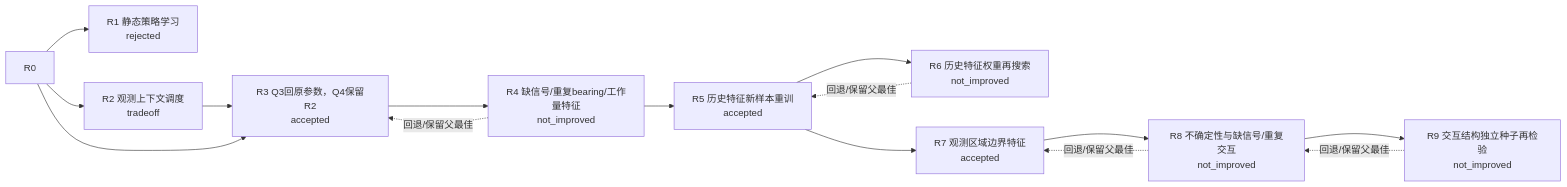
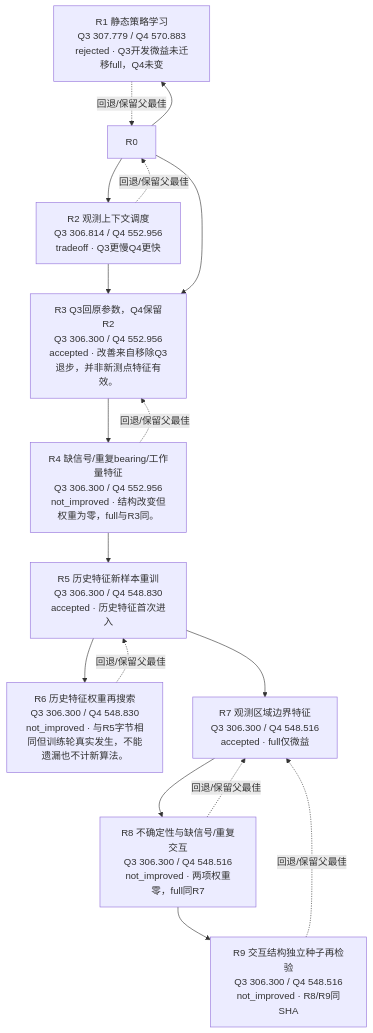
The seventh of 10 diagrams in experiments/R1_atlas/DIRECTION_MAP.md (xiangguaguadadi-dot/cumcm2026-b), drawn with Mermaid before and after one commit. The commit also changed other lines of this file and 81 other files, not shown here.

````diff
--- a/experiments/R1_atlas/DIRECTION_MAP.md
+++ b/experiments/R1_atlas/DIRECTION_MAP.md
@@ -199,26 +201,28 @@
 ```mermaid
-flowchart LR
-  A6_learning_R1["R1 静态策略学习<br/>rejected"]
+flowchart TB
+  A6_learning_R1["R1 静态策略学习<br/>Q3 307.779 / Q4 570.883<br/>rejected · Q3开发微益未迁移full，Q4未变"]
   R0 --> A6_learning_R1
-  A6_learning_R2["R2 观测上下文调度<br/>tradeoff"]
+  A6_learning_R1 -. "回退/保留父最佳" .-> R0
+  A6_learning_R2["R2 观测上下文调度<br/>Q3 306.814 / Q4 552.956<br/>tradeoff · Q3更慢Q4更快"]
   R0 --> A6_learning_R2
-  A6_learning_R3["R3 Q3回原参数，Q4保留R2<br/>accepted"]
+  A6_learning_R2 -. "回退/保留父最佳" .-> R0
+  A6_learning_R3["R3 Q3回原参数，Q4保留R2<br/>Q3 306.300 / Q4 552.956<br/>accepted · 改善来自移除Q3退步，并非新测点特征有效。"]
   A6_learning_R2 --> A6_learning_R3
   R0 --> A6_learning_R3
-  A6_learning_R4["R4 缺信号/重复bearing/工作量特征<br/>not_improved"]
+  A6_learning_R4["R4 缺信号/重复bearing/工作量特征<br/>Q3 306.300 / Q4 552.956<br/>not_improved · 结构改变但权重为零，full与R3同。"]
   A6_learning_R3 --> A6_learning_R4
   A6_learning_R4 -. "回退/保留父最佳" .-> A6_learning_R3
-  A6_learning_R5["R5 历史特征新样本重训<br/>accepted"]
+  A6_learning_R5["R5 历史特征新样本重训<br/>Q3 306.300 / Q4 548.830<br/>accepted · 历史特征首次进入"]
   A6_learning_R4 --> A6_learning_R5
-  A6_learning_R6["R6 历史特征权重再搜索<br/>not_improved"]
+  A6_learning_R6["R6 历史特征权重再搜索<br/>Q3 306.300 / Q4 548.830<br/>not_improved · 与R5字节相同但训练轮真实发生，不能遗漏也不计新算法。"]
   A6_learning_R5 --> A6_learning_R6
   A6_learning_R6 -. "回退/保留父最佳" .-> A6_learning_R5
-  A6_learning_R7["R7 观测区域边界特征<br/>accepted"]
+  A6_learning_R7["R7 观测区域边界特征<br/>Q3 306.300 / Q4 548.516<br/>accepted · full仅微益"]
   A6_learning_R5 --> A6_learning_R7
-  A6_learning_R8["R8 不确定性与缺信号/重复交互<br/>not_improved"]
+  A6_learning_R8["R8 不确定性与缺信号/重复交互<br/>Q3 306.300 / Q4 548.516<br/>not_improved · 两项权重零，full同R7"]
   A6_learning_R7 --> A6_learning_R8
   A6_learning_R8 -. "回退/保留父最佳" .-> A6_learning_R7
-  A6_learning_R9["R9 交互结构独立种子再检验<br/>not_improved"]
+  A6_learning_R9["R9 交互结构独立种子再检验<br/>Q3 306.300 / Q4 548.516<br/>not_improved · R8/R9同SHA"]
   A6_learning_R8 --> A6_learning_R9
-  A6_learning_R9 -. "回退/保留父最佳" .-> A6_learning_R8
+  A6_learning_R9 -. "回退/保留父最佳" .-> A6_learning_R7
 ```
````
